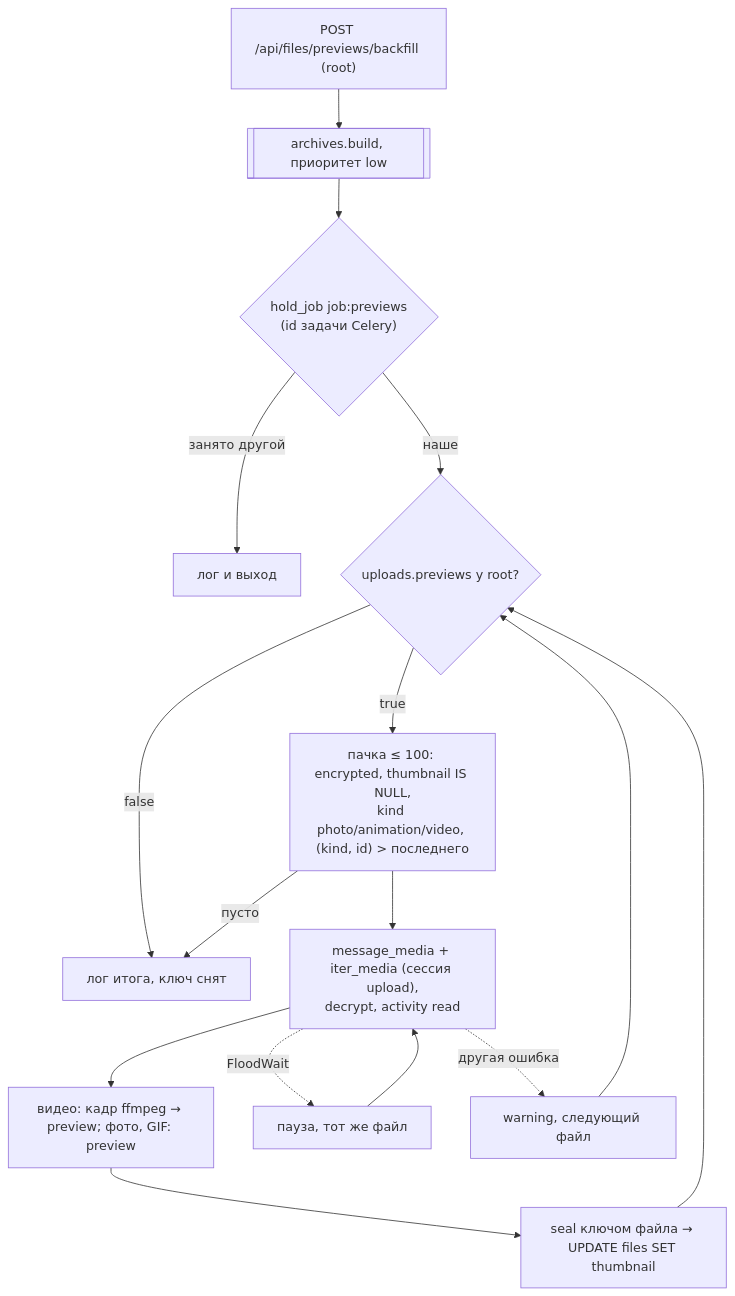
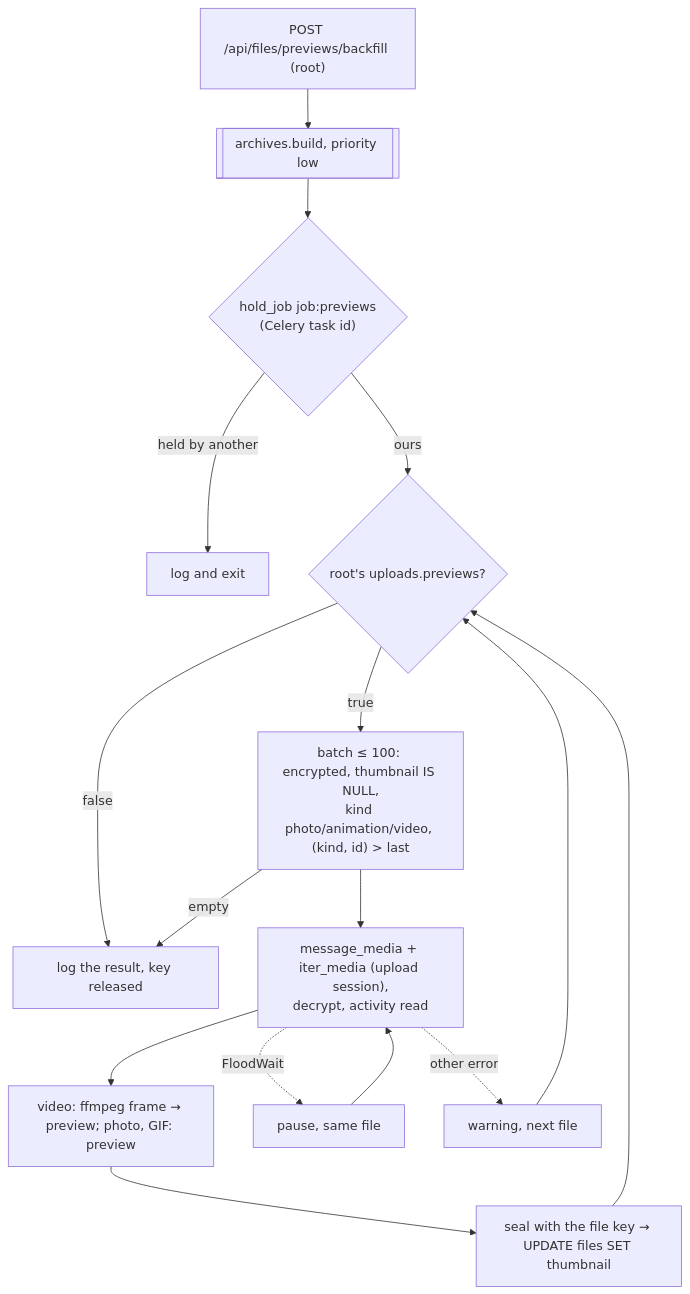
The second of 7 diagrams in docs/background-tasks.md (NikitkaZXC/tcloud-backend), drawn with Mermaid before and after one commit. The commit also changed other lines of this file and 20 other files, not shown here.

````diff
--- a/docs/background-tasks.md
+++ b/docs/background-tasks.md
@@ -54,16 +54,16 @@
 ```mermaid
 flowchart TD
-    api["POST /api/files/previews/backfill (root)"] --> q[["archives.build, приоритет low"]]
-    q --> lock{"hold_job job:previews<br/>(id задачи Celery)"}
-    lock -->|занято другой| skip["лог и выход"]
-    lock -->|наше| on{"uploads.previews у root?"}
+    api["POST /api/files/previews/backfill (root)"] --> q[["archives.build, priority low"]]
+    q --> lock{"hold_job job:previews<br/>(Celery task id)"}
+    lock -->|held by another| skip["log and exit"]
+    lock -->|ours| on{"root's uploads.previews?"}
     on -->|false| done
-    on -->|true| batch["пачка ≤ 100: encrypted, thumbnail IS NULL,<br/>kind photo/animation/video, (kind, id) > последнего"]
-    batch -->|пусто| done["лог итога, ключ снят"]
-    batch --> file["message_media + iter_media (сессия upload),<br/>decrypt, activity read"]
-    file --> prev["видео: кадр ffmpeg → preview; фото, GIF: preview"]
-    prev --> seal["seal ключом файла → UPDATE files SET thumbnail"]
+    on -->|true| batch["batch ≤ 100: encrypted, thumbnail IS NULL,<br/>kind photo/animation/video, (kind, id) > last"]
+    batch -->|empty| done["log the result, key released"]
+    batch --> file["message_media + iter_media (upload session),<br/>decrypt, activity read"]
+    file --> prev["video: ffmpeg frame → preview; photo, GIF: preview"]
+    prev --> seal["seal with the file key → UPDATE files SET thumbnail"]
     seal --> on
-    file -. "FloodWait" .-> wait["пауза, тот же файл"] --> file
-    file -. "другая ошибка" .-> warn["warning, следующий файл"] --> on
+    file -. "FloodWait" .-> wait["pause, same file"] --> file
+    file -. "other error" .-> warn["warning, next file"] --> on
 ```
````
